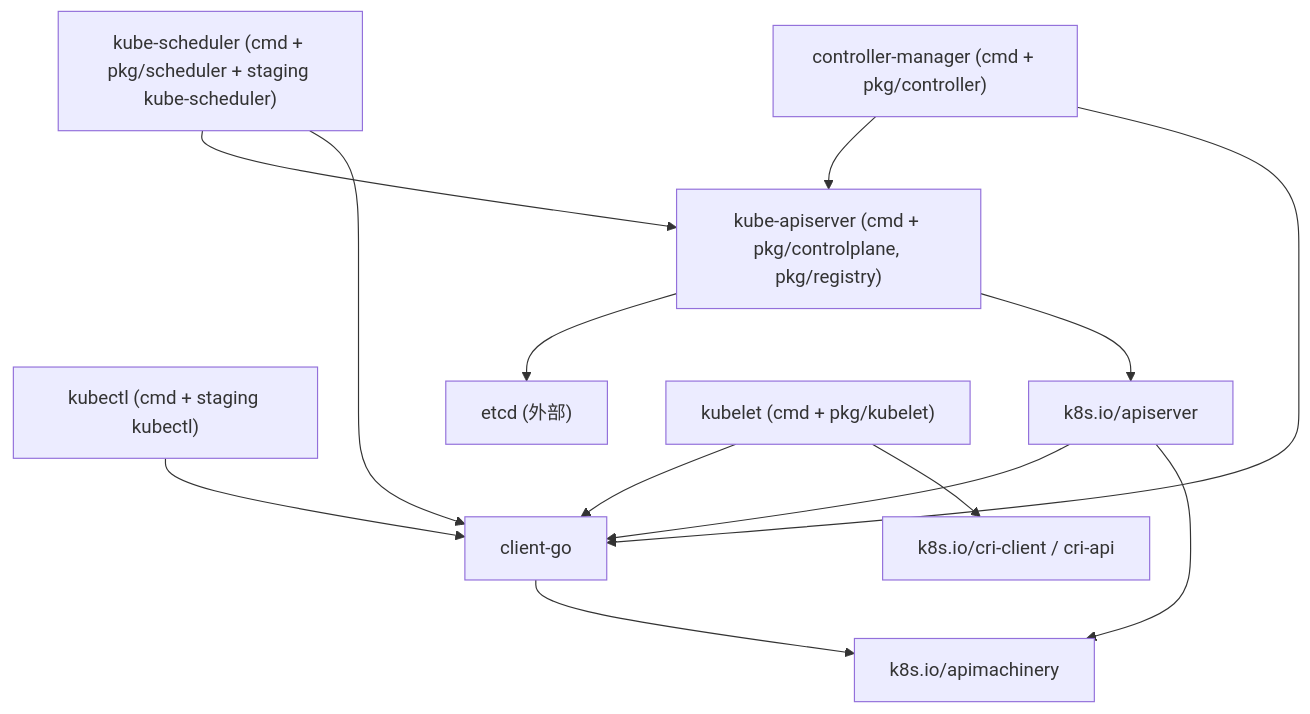
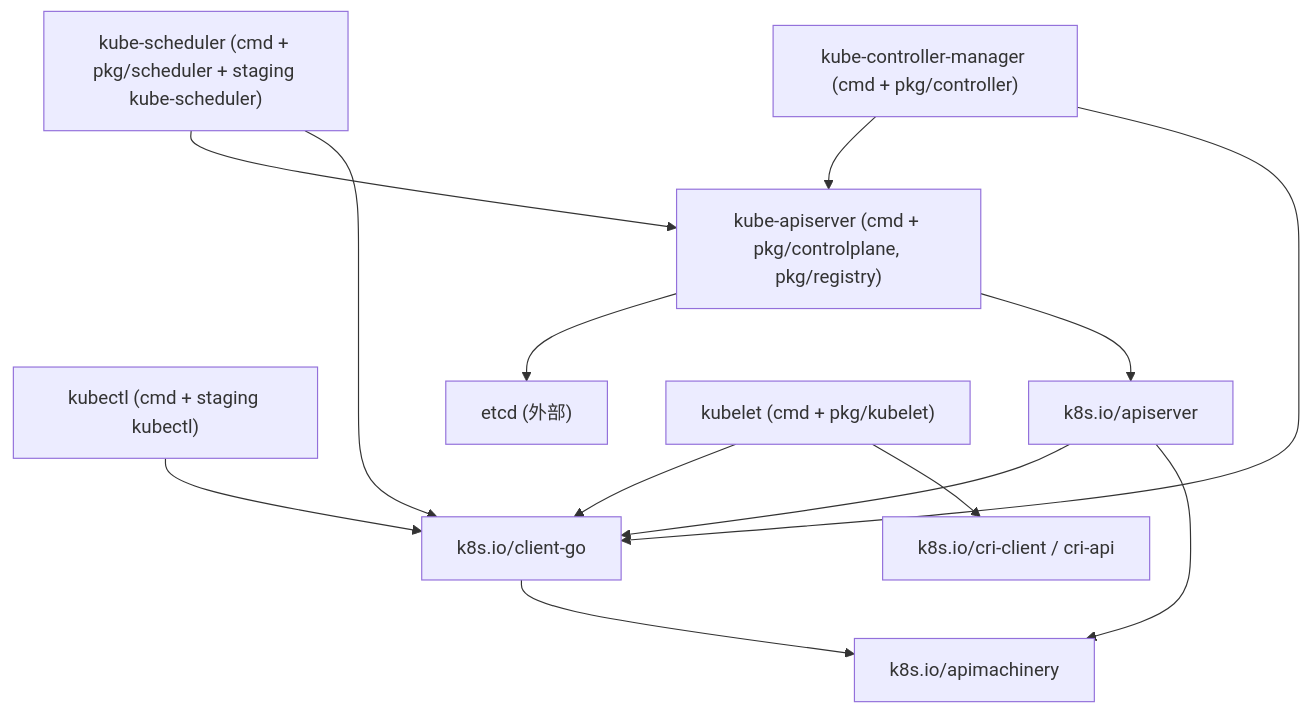
The diagram in docs/sourceReader/01-系统骨架.md (adrian9778/kubernetes), drawn with Mermaid before and after one commit. The commit also changed other lines of this file and 22 other files, not shown here.

````diff
--- a/docs/sourceReader/01-系统骨架.md
+++ b/docs/sourceReader/01-系统骨架.md
@@ -32,15 +85,15 @@
 ```mermaid
 flowchart TD
-    kubectl["kubectl (cmd + staging kubectl)"] --> clientgo["client-go"]
+    kubectl["kubectl (cmd + staging kubectl)"] --> clientgo["k8s.io/client-go"]
     apiserver["kube-apiserver (cmd + pkg/controlplane, pkg/registry)"] --> apiserverlib["k8s.io/apiserver"]
     apiserverlib --> apimachinery["k8s.io/apimachinery"]
     apiserver --> etcd["etcd (外部)"]
-    cm["controller-manager (cmd + pkg/controller)"] --> clientgo
+    cm["kube-controller-manager (cmd + pkg/controller)"] --> clientgo
     sched["kube-scheduler (cmd + pkg/scheduler + staging kube-scheduler)"] --> clientgo
     kubelet["kubelet (cmd + pkg/kubelet)"] --> criclient["k8s.io/cri-client / cri-api"]
     kubelet --> clientgo
     cm --> apiserver
     sched --> apiserver
     clientgo --> apimachinery
     apiserverlib --> clientgo
 ```
````
